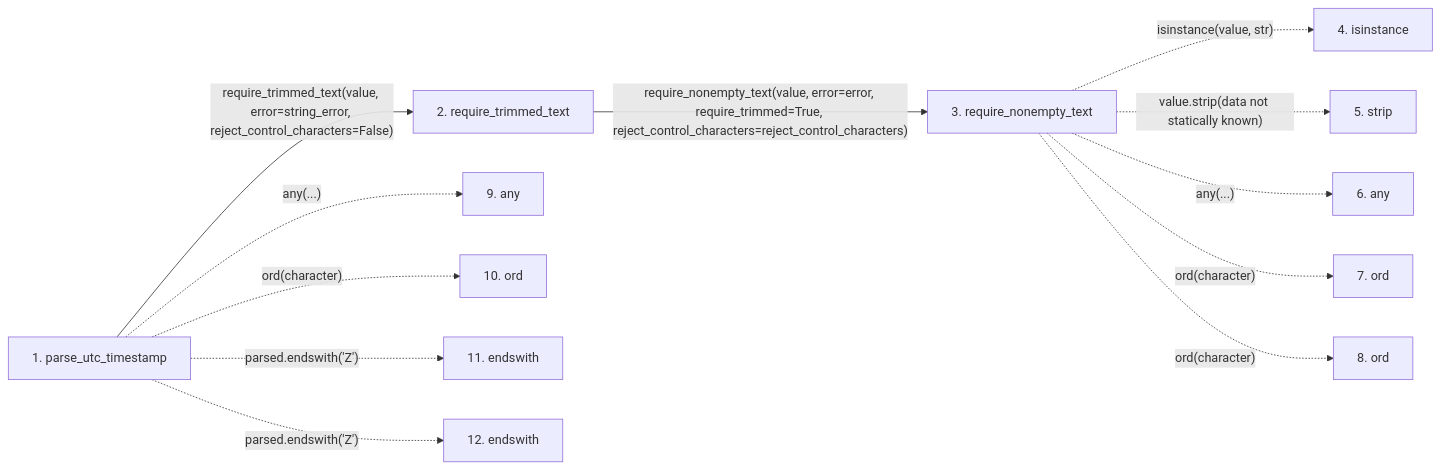
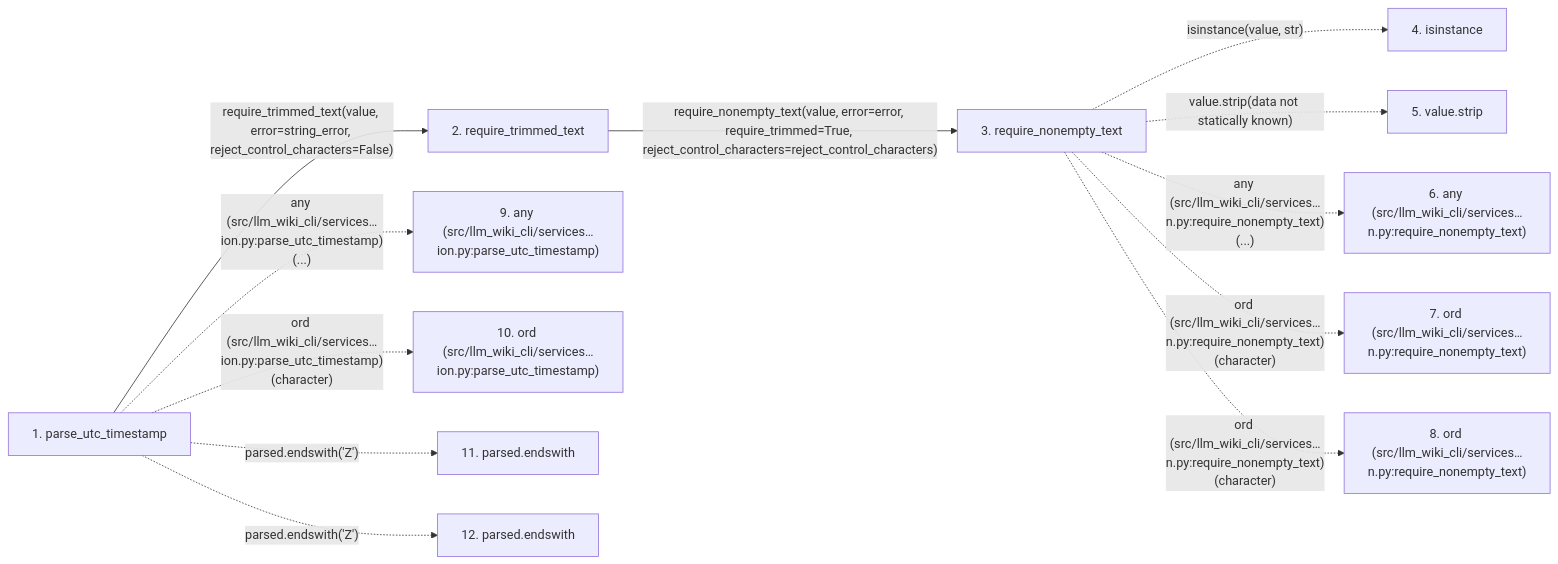
The second of 2 diagrams in docs/llm_wiki/flows/api-parse_utc_timestamp.md (Denissvgn/python-wiki-llm), drawn with Mermaid before and after one commit. The commit also changed other lines of this file and 719 other files, not shown here.

````diff
--- a/docs/llm_wiki/flows/api-parse_utc_timestamp.md
+++ b/docs/llm_wiki/flows/api-parse_utc_timestamp.md
@@ -40,29 +42,29 @@
 ```mermaid
 flowchart LR
     s1["1. parse_utc_timestamp"]
     s2["2. require_trimmed_text"]
     s3["3. require_nonempty_text"]
     s4["4. isinstance"]
-    s5["5. strip"]
-    s6["6. any"]
-    s7["7. ord"]
-    s8["8. ord"]
-    s9["9. any"]
-    s10["10. ord"]
-    s11["11. endswith"]
-    s12["12. endswith"]
+    s5["5. value.strip"]
+    s6["6. any (src/llm_wiki_cli/services…n.py:require_nonempty_text)"]
+    s7["7. ord (src/llm_wiki_cli/services…n.py:require_nonempty_text)"]
+    s8["8. ord (src/llm_wiki_cli/services…n.py:require_nonempty_text)"]
+    s9["9. any (src/llm_wiki_cli/services…ion.py:parse_utc_timestamp)"]
+    s10["10. ord (src/llm_wiki_cli/services…ion.py:parse_utc_timestamp)"]
+    s11["11. parsed.endswith"]
+    s12["12. parsed.endswith"]
     s1 -->|"require_trimmed_text(value, error=string_error, reject_control_characters=False)"| s2
     s2 -->|"require_nonempty_text(value, error=error, require_trimmed=True, reject_control_characters=reject_control_characters)"| s3
     s3 -. "isinstance(value, str)" .-> s4
     s3 -. "value.strip(data not statically known)" .-> s5
-    s3 -. "any(...)" .-> s6
-    s3 -. "ord(character)" .-> s7
-    s3 -. "ord(character)" .-> s8
-    s1 -. "any(...)" .-> s9
-    s1 -. "ord(character)" .-> s10
+    s3 -. "any (src/llm_wiki_cli/services…n.py:require_nonempty_text)(...)" .-> s6
+    s3 -. "ord (src/llm_wiki_cli/services…n.py:require_nonempty_text)(character)" .-> s7
+    s3 -. "ord (src/llm_wiki_cli/services…n.py:require_nonempty_text)(character)" .-> s8
+    s1 -. "any (src/llm_wiki_cli/services…ion.py:parse_utc_timestamp)(...)" .-> s9
+    s1 -. "ord (src/llm_wiki_cli/services…ion.py:parse_utc_timestamp)(character)" .-> s10
     s1 -. "parsed.endswith('Z')" .-> s11
     s1 -. "parsed.endswith('Z')" .-> s12
     click s1 "../modules/validation.md"
     click s2 "../modules/validation.md"
     click s3 "../modules/validation.md"
 ```
````
